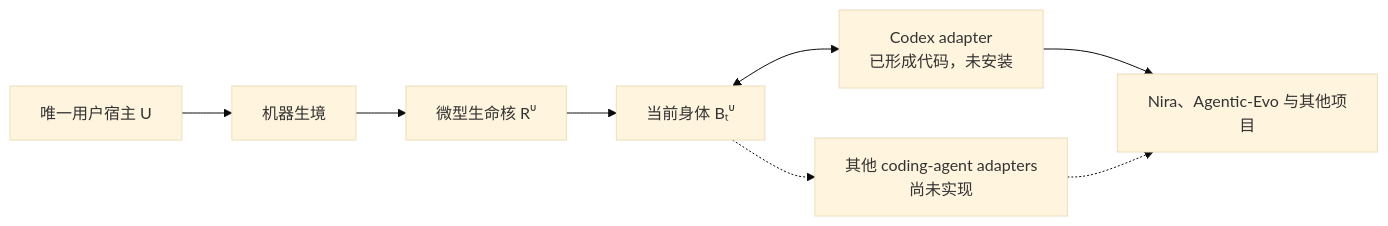
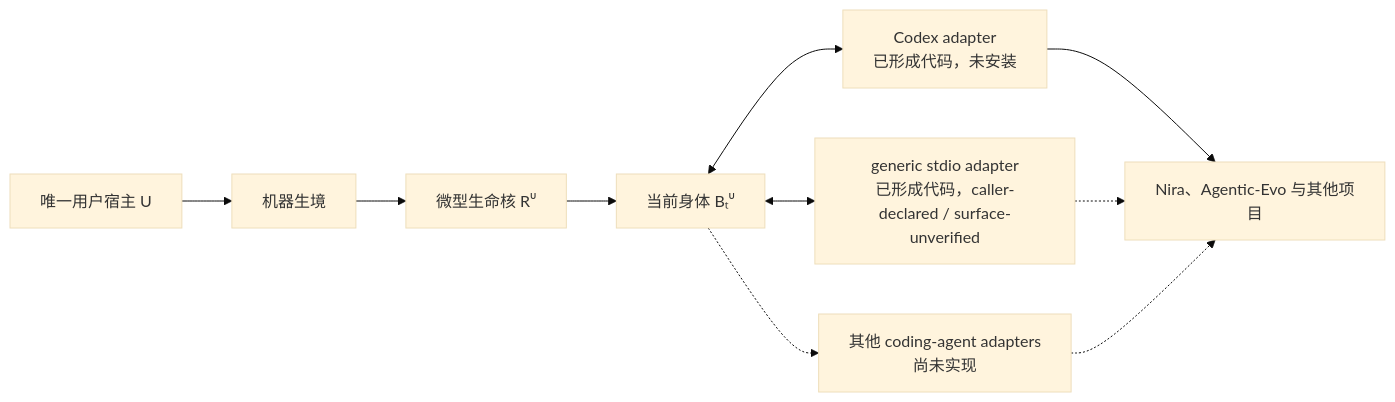
One commit to eonpaper123/Agentic-Evo changed the diagram in docs/engineering/实现状态_Pre-Genesis.md. Above: the diagram before and after it, drawn with Mermaid (base theme). The commit also changed other lines of this file and 3 other files, not shown here.

Commit message:
docs: sync v1 goal and generic adapter claim ceiling

````diff
--- a/docs/engineering/实现状态_Pre-Genesis.md
+++ b/docs/engineering/实现状态_Pre-Genesis.md
@@ -81,16 +82,19 @@
 ```mermaid
 flowchart LR
     U["唯一用户宿主 U"]
     M["机器生境"]
     R["微型生命核 Rᵁ"]
     B["当前身体 Bₜᵁ"]
     C["Codex adapter<br/>已形成代码，未安装"]
+    G["generic stdio adapter<br/>已形成代码，caller-declared / surface-unverified"]
     O["其他 coding-agent adapters<br/>尚未实现"]
     P["Nira、Agentic-Evo 与其他项目"]
 
     U --> M --> R --> B
     B <--> C
+    B <--> G
     B -.-> O
     C --> P
+    G -.-> P
     O -.-> P
 ```
````
